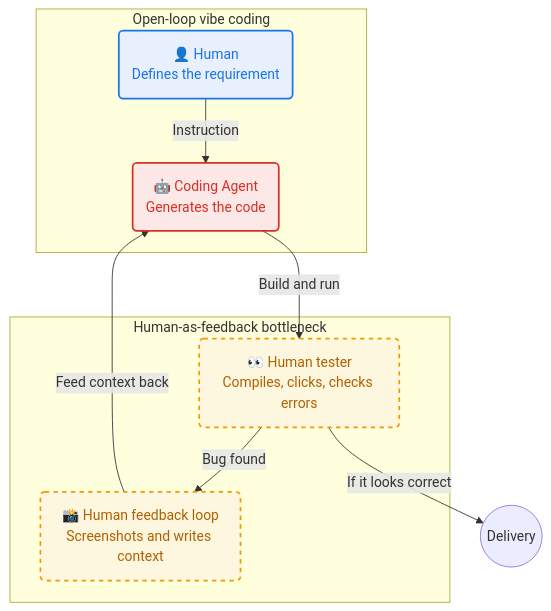
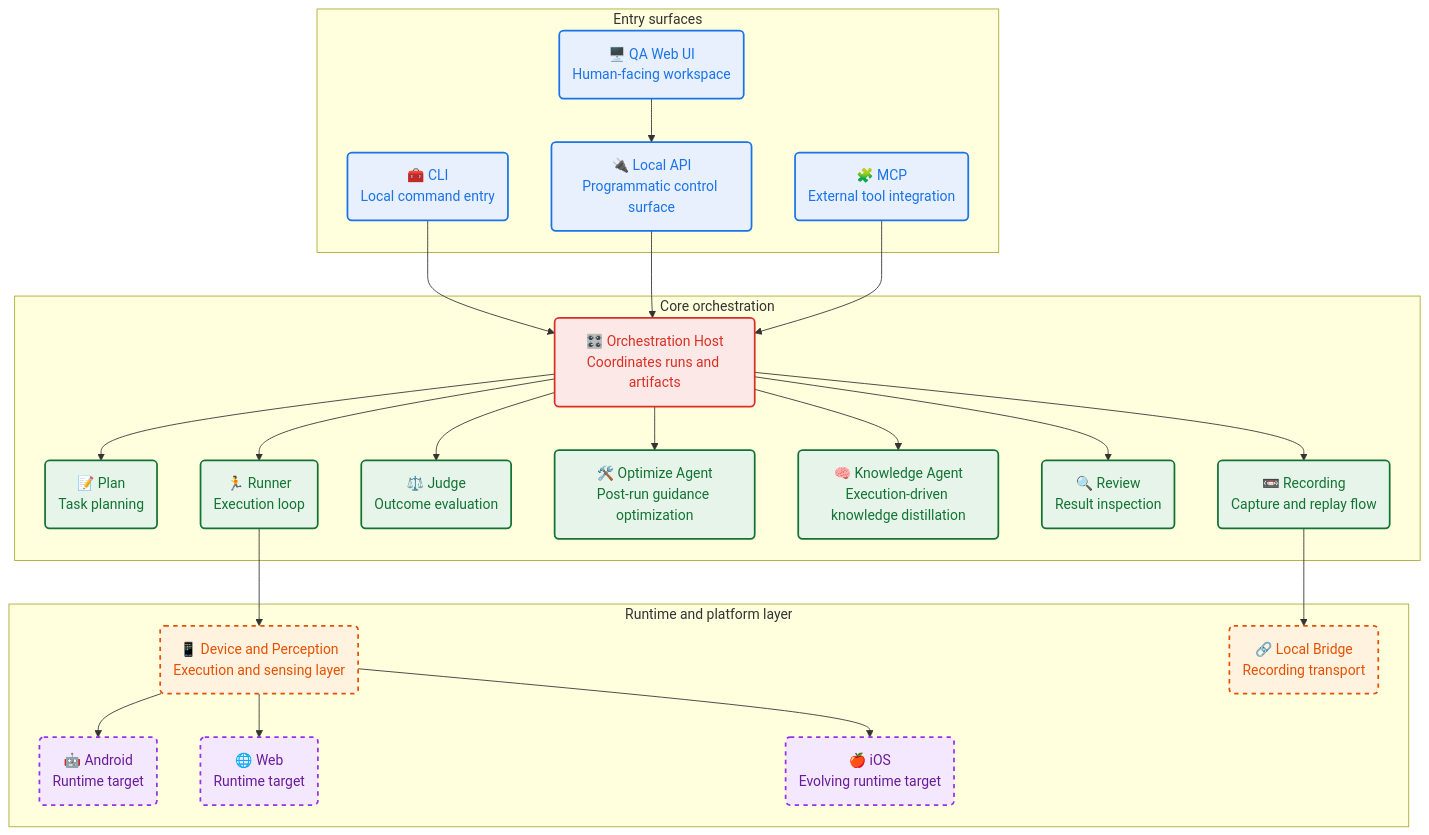
The first of 3 diagrams in README.md (chaxiu/munk-ai), drawn with Mermaid before and after one commit.

````diff
--- a/README.md
+++ b/README.md
@@ -61,27 +61,76 @@
 ```mermaid
-graph TD
-    classDef human fill:#E8F0FE,stroke:#1A73E8,stroke-width:2px,color:#1A73E8;
-    classDef codingAgent fill:#FCE8E6,stroke:#D93025,stroke-width:2px,color:#D93025;
-    classDef manualTest fill:#FEF7E0,stroke:#F29900,stroke-width:2px,color:#B06000,stroke-dasharray: 5 5;
+flowchart TD
+    classDef entry fill:#E8F0FE,stroke:#1A73E8,stroke-width:2px,color:#1A73E8;
+    classDef host fill:#FCE8E6,stroke:#D93025,stroke-width:2px,color:#D93025;
+    classDef workflow fill:#E6F4EA,stroke:#137333,stroke-width:2px,color:#137333;
+    classDef infra fill:#FFF3E0,stroke:#E65100,stroke-width:2px,color:#E65100,stroke-dasharray: 5 5;
+    classDef platform fill:#F3E8FD,stroke:#9334E6,stroke-width:2px,color:#6A1B9A,stroke-dasharray: 5 5;
 
-    H1(👤 Human<br/>Defines the requirement):::human
-    A1(🤖 Coding Agent<br/>Generates the code):::codingAgent
-    H2(👀 Human tester<br/>Compiles, clicks, checks errors):::manualTest
-    H3(📸 Human feedback loop<br/>Screenshots and writes context):::manualTest
+    A(🧰 CLI<br/>Local command entry):::entry
+    B(🔌 Local API<br/>Programmatic control surface):::entry
+    C(🧩 MCP<br/>External tool integration):::entry
+    D(🖥️ QA Web UI<br/>Human-facing workspace):::entry
 
-    H1 -->|Instruction| A1
-    A1 -->|Build and run| H2
-    H2 -->|Bug found| H3
-    H3 -->|Feed context back| A1
-    H2 -->|If it looks correct| END((Delivery))
+    E(🎛️ Orchestration Host<br/>Coordinates runs and artifacts):::host
 
-    subgraph Open-loop vibe coding
-        H1
-        A1
+    P(📝 Plan<br/>Task planning):::workflow
+    R(🏃 Runner<br/>Execution loop):::workflow
+    J(⚖️ Judge<br/>Outcome evaluation):::workflow
+    X(🛠️ Optimize Agent<br/>Post-run guidance optimization):::workflow
+    K(🧠 Knowledge Agent<br/>Execution-driven knowledge distillation):::workflow
+    V(🔍 Review<br/>Result inspection):::workflow
+    O(📼 Recording<br/>Capture and replay flow):::workflow
+
+    DP(📱 Device and Perception<br/>Execution and sensing layer):::infra
+    L(🔗 Local Bridge<br/>Recording transport):::infra
+
+    AX(🤖 Android<br/>Runtime target):::platform
+    WX(🌐 Web<br/>Runtime target):::platform
+    IX(🍎 iOS<br/>Evolving runtime target):::platform
+
+    A --> E
+    B --> E
+    C --> E
+    D --> B
+
+    E --> P
+    E --> R
+    E --> J
+    E --> X
+    E --> K
+    E --> V
+    E --> O
+
+    R --> DP
+    O --> L
+
+    DP --> AX
+    DP --> WX
+    DP --> IX
+
+    subgraph Entry surfaces
+        A
+        B
+        C
+        D
     end
 
-    subgraph Human-as-feedback bottleneck
-        H2
-        H3
+    subgraph Core orchestration
+        E
+        P
+        R
+        J
+        X
+        K
+        V
+        O
+    end
+
+    subgraph Runtime and platform layer
+        DP
+        L
+        AX
+        WX
+        IX
     end
 ```
````
